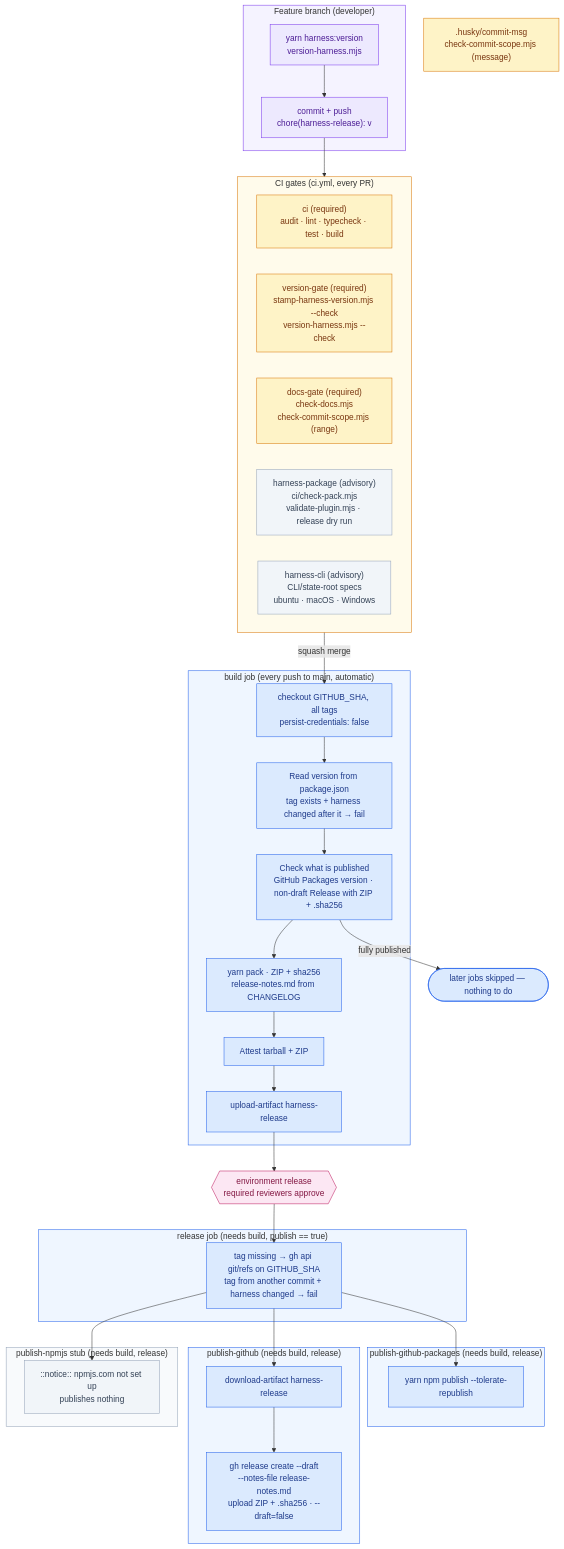
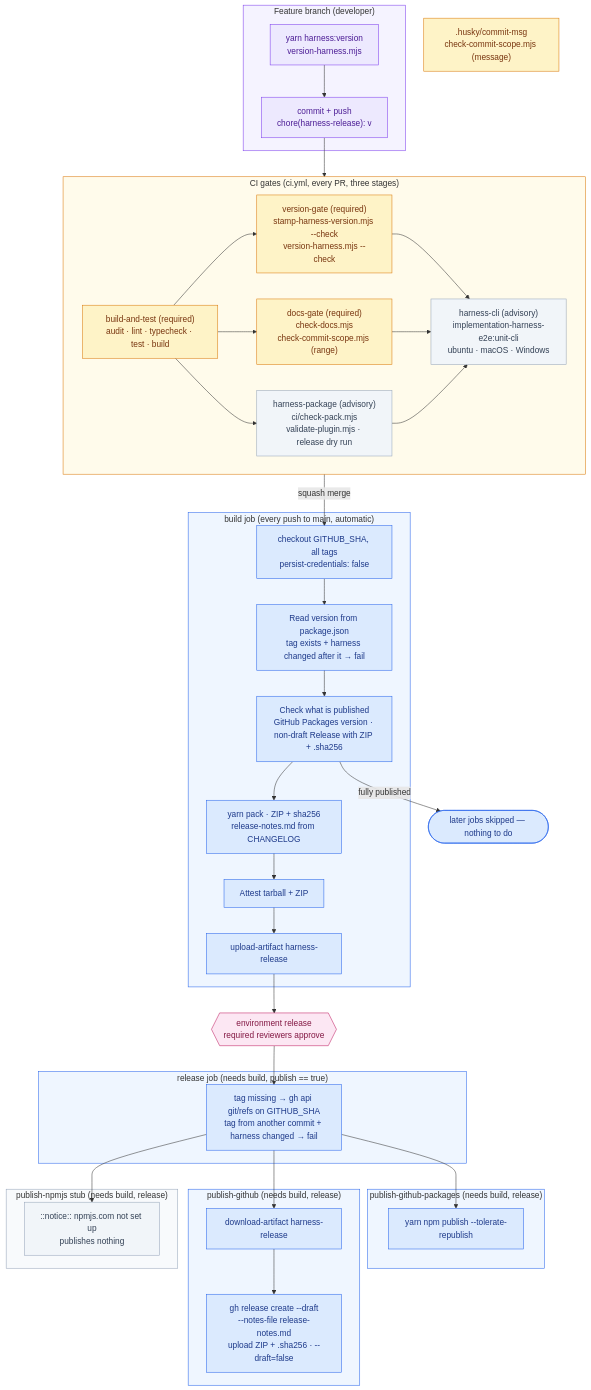
Before and after one commit to DataArt/artisyn-implementation-harness: the diagram in docs/System Architecture (LLD)/Harness Release Pipeline/00. Overview.md, drawn with Mermaid. The commit also changed other lines of this file and 12 other files, not shown here.

First line of the commit message:
docs(ci): describe the three CI stages, build-and-test, unit-cli and the removed log-hub verify

````diff
--- a/docs/System Architecture (LLD)/Harness Release Pipeline/00. Overview.md
+++ b/docs/System Architecture (LLD)/Harness Release Pipeline/00. Overview.md
@@ -38,66 +38,68 @@
 ```mermaid
 flowchart TD
     subgraph BRANCH ["  Feature branch (developer)  "]
         HV["yarn harness:version\nversion-harness.mjs"]:::push
         VC["commit + push\nchore(harness-release): v"]:::push
     end
 
-    subgraph GATES ["  CI gates (ci.yml, every PR)  "]
-        CI["ci (required)\naudit · lint · typecheck · test · build"]:::gate
+    subgraph GATES ["  CI gates (ci.yml, every PR, three stages)  "]
+        CI["build-and-test (required)\naudit · lint · typecheck · test · build"]:::gate
         VG["version-gate (required)\nstamp-harness-version.mjs --check\nversion-harness.mjs --check"]:::gate
         RG["docs-gate (required)\ncheck-docs.mjs\ncheck-commit-scope.mjs (range)"]:::gate
         HP["harness-package (advisory)\nci/check-pack.mjs\nvalidate-plugin.mjs · release dry run"]:::advisory
-        HC["harness-cli (advisory)\nCLI/state-root specs\nubuntu · macOS · Windows"]:::advisory
+        HC["harness-cli (advisory)\nimplementation-harness-e2e:unit-cli\nubuntu · macOS · Windows"]:::advisory
+        CI --> VG & RG & HP
+        VG & RG & HP --> HC
     end
 
     subgraph BJ ["  build job (every push to main, automatic)  "]
         CO["checkout GITHUB_SHA, all tags\npersist-credentials: false"]:::step
         RV["Read version from package.json\ntag exists + harness changed after it → fail"]:::step
         CK["Check what is published\nGitHub Packages version · non-draft Release with ZIP + .sha256"]:::step
         BU["yarn pack · ZIP + sha256\nrelease-notes.md from CHANGELOG"]:::step
         AT["Attest tarball + ZIP"]:::step
         UP["upload-artifact harness-release"]:::step
     end
 
     APP{{"environment release\nrequired reviewers approve"}}:::approval
 
     subgraph RJ ["  release job (needs build, publish == true)  "]
         TG["tag missing → gh api git/refs on GITHUB_SHA\ntag from another commit + harness changed → fail"]:::step
     end
 
     subgraph NJ ["  publish-github-packages (needs build, release)  "]
         NP["yarn npm publish --tolerate-republish"]:::step
     end
 
     subgraph GJ ["  publish-github (needs build, release)  "]
         DL["download-artifact harness-release"]:::step
         GR["gh release create --draft\n--notes-file release-notes.md\nupload ZIP + .sha256 · --draft=false"]:::step
     end
 
     subgraph SJ ["  publish-npmjs stub (needs build, release)  "]
         SN["::notice:: npmjs.com not set up\npublishes nothing"]:::advisory
     end
 
     HOOK[".husky/commit-msg\ncheck-commit-scope.mjs (message)"]:::gate
 
     HV --> VC --> GATES
     GATES -->|"squash merge"| CO
     CO --> RV --> CK --> BU --> AT --> UP --> APP --> TG
     TG --> NP
     TG --> DL --> GR
     TG --> SN
     CK -->|"fully published"| DONE(["later jobs skipped — nothing to do"]):::step
 
     classDef gate fill:#FEF3C7,stroke:#D97706,color:#78350f
     classDef advisory fill:#F1F5F9,stroke:#94A3B8,color:#334155
     classDef step fill:#DBEAFE,stroke:#2563EB,color:#1e3a8a
     classDef push fill:#EDE9FE,stroke:#7C3AED,color:#4c1d95
     classDef approval fill:#FCE7F3,stroke:#BE185D,color:#831843
     style BRANCH fill:#F5F3FF,stroke:#7C3AED
     style GATES fill:#FFFBEB,stroke:#D97706
     style BJ fill:#EFF6FF,stroke:#2563EB
     style RJ fill:#EFF6FF,stroke:#2563EB
     style NJ fill:#EFF6FF,stroke:#2563EB
     style GJ fill:#EFF6FF,stroke:#2563EB
     style SJ fill:#F8FAFC,stroke:#94A3B8
 ```
````
